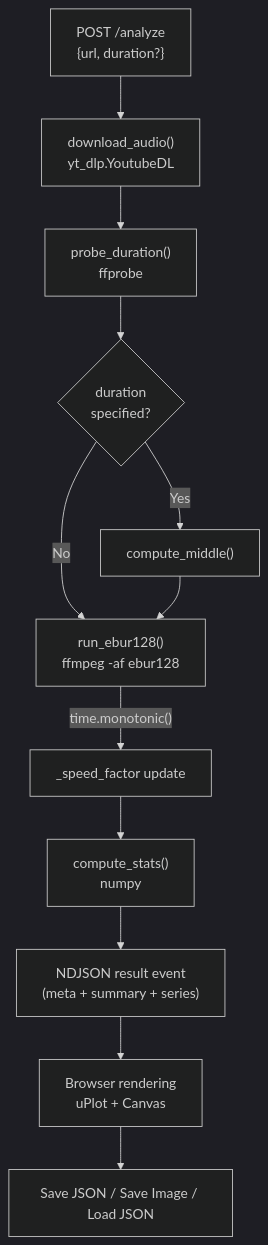
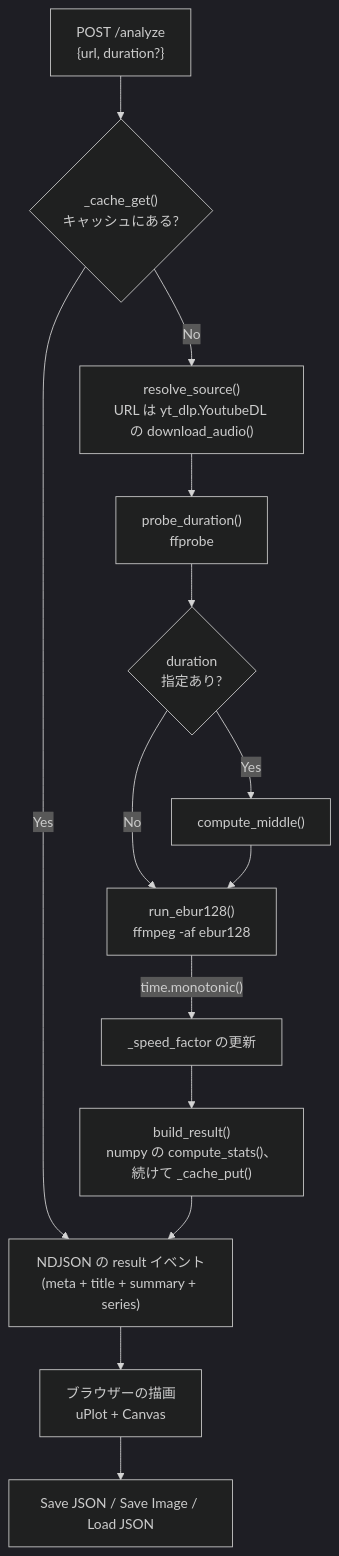
One commit to semnil/analyze-loudness changed the third of 4 diagrams in docs/architecture.ja.md. Above: the diagram before and after it, drawn with Mermaid (dark theme). The commit also changed other lines of this file and 7 other files, not shown here.

````diff
--- a/docs/architecture.ja.md
+++ b/docs/architecture.ja.md
@@ -88,14 +94,16 @@
 ```mermaid
 graph TD
-    A["POST /analyze<br/>{url, duration?}"] --> B["download_audio()<br/>yt_dlp.YoutubeDL"]
-    B --> C["probe_duration()<br/>ffprobe"]
-    C --> D{"duration<br/>specified?"}
+    A["POST /analyze<br>{url, duration?}"] --> L{"_cache_get()<br>キャッシュにある?"}
+    L -->|Yes| I["NDJSON の result イベント<br>(meta + title + summary + series)"]
+    L -->|No| B["resolve_source()<br>URL は yt_dlp.YoutubeDL の download_audio()"]
+    B --> C["probe_duration()<br>ffprobe"]
+    C --> D{"duration<br>指定あり?"}
     D -->|Yes| E["compute_middle()"]
-    D -->|No| F["run_ebur128()<br/>ffmpeg -af ebur128"]
+    D -->|No| F["run_ebur128()<br>ffmpeg -af ebur128"]
     E --> F
-    F -->|"time.monotonic()"| G["_speed_factor update"]
-    G --> H["compute_stats()<br/>numpy"]
-    H --> I["NDJSON result event<br/>(meta + summary + series)"]
-    I --> J["Browser rendering<br/>uPlot + Canvas"]
+    F -->|"time.monotonic()"| G["_speed_factor の更新"]
+    G --> H["build_result()<br>numpy の compute_stats()、続けて _cache_put()"]
+    H --> I
+    I --> J["ブラウザーの描画<br>uPlot + Canvas"]
     J --> K["Save JSON / Save Image / Load JSON"]
 ```
````
